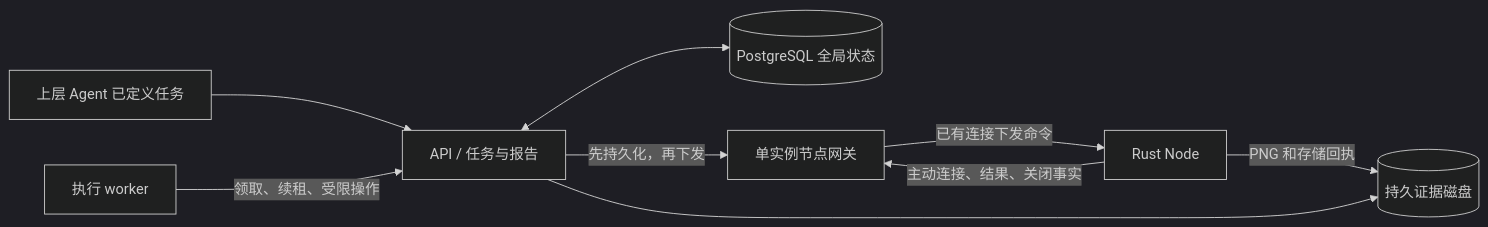
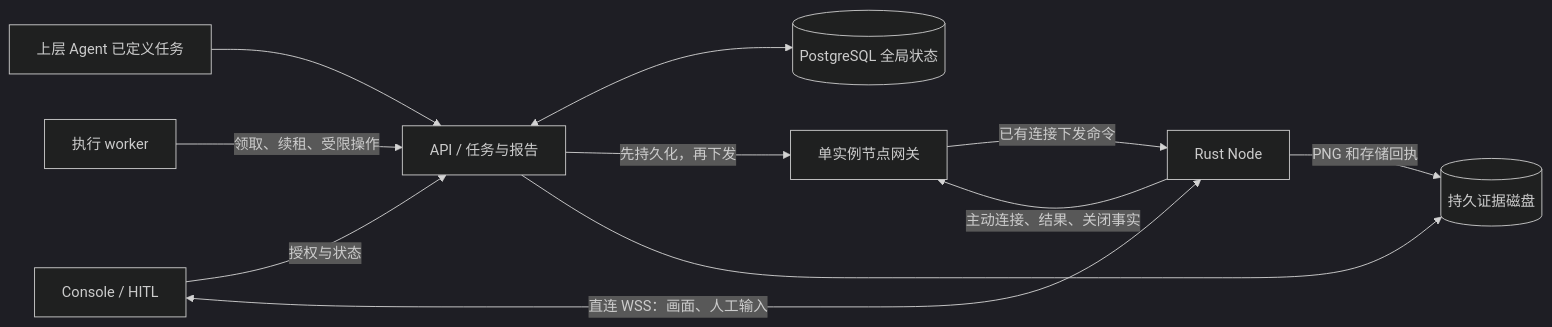
Before and after one commit to ethanyu-dev/proofrun: the diagram in docs/architecture.md, drawn with Mermaid (dark theme). The commit also changed other lines of this file and 70 other files, not shown here.

Commit message:
Refactor Browser Node direct HITL and resource admission

````diff
--- a/docs/architecture.md
+++ b/docs/architecture.md
@@ -25,11 +25,13 @@
 ```mermaid
 flowchart LR
   UP[上层 Agent 已定义任务] --> API[API / 任务与报告]
   WORKER[执行 worker] -->|领取、续租、受限操作| API
   API <--> DB[(PostgreSQL 全局状态)]
   API -->|先持久化，再下发| GW[单实例节点网关]
   NODE[Rust Node] -->|主动连接、结果、关闭事实| GW
   GW -->|已有连接下发命令| NODE
   NODE -->|PNG 和存储回执| FILE[(持久证据磁盘)]
   API --> FILE
+  CLIENT[Console / HITL] -->|授权与状态| API
+  CLIENT <-->|直连 WSS：画面、人工输入| NODE
 ```
````
